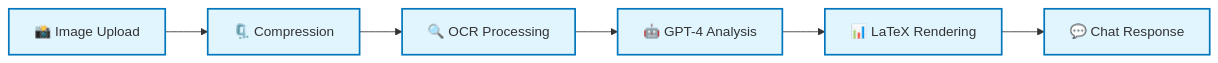
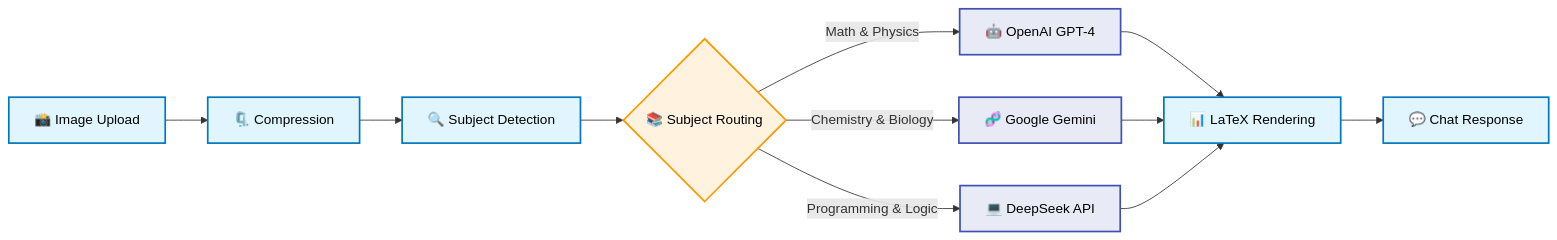
One commit to eason034056/tutor-matching changed the third of 4 diagrams in README.md. Above: the diagram before and after it, drawn with Mermaid. The commit also changed other lines of this file, not shown here.

````diff
--- a/README.md
+++ b/README.md
@@ -154,11 +164,23 @@
 ```mermaid
 graph LR
     A[📸 Image Upload] --> B[🗜️ Compression]
-    B --> C[🔍 OCR Processing]
-    C --> D[🤖 GPT-4 Analysis]
-    D --> E[📊 LaTeX Rendering]
-    E --> F[💬 Chat Response]
+    B --> C[🔍 Subject Detection]
+    C --> D{📚 Subject Routing}
     
-    classDef process fill:#e1f5fe,stroke:#0277bd,stroke-width:2px
-    class A,B,C,D,E,F process
+    D -->|Math & Physics| E1[🤖 OpenAI GPT-4]
+    D -->|Chemistry & Biology| E2[🧬 Google Gemini]
+    D -->|Programming & Logic| E3[💻 DeepSeek API]
+    
+    E1 --> F[📊 LaTeX Rendering]
+    E2 --> F
+    E3 --> F
+    F --> G[💬 Chat Response]
+    
+    classDef process fill:#e1f5fe,stroke:#0277bd,stroke-width:2px,color:#000
+    classDef decision fill:#fff3e0,stroke:#ff9800,stroke-width:2px,color:#000
+    classDef ai fill:#e8eaf6,stroke:#3f51b5,stroke-width:2px,color:#000
+    
+    class A,B,C,F,G process
+    class D decision
+    class E1,E2,E3 ai
 ```
````
